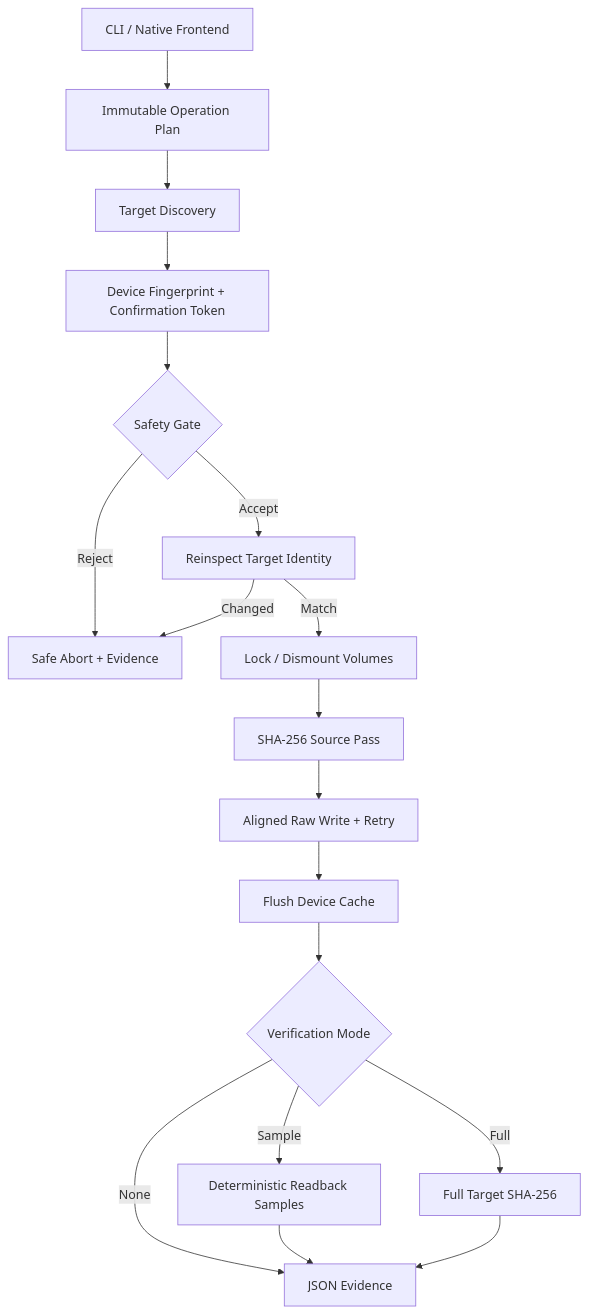
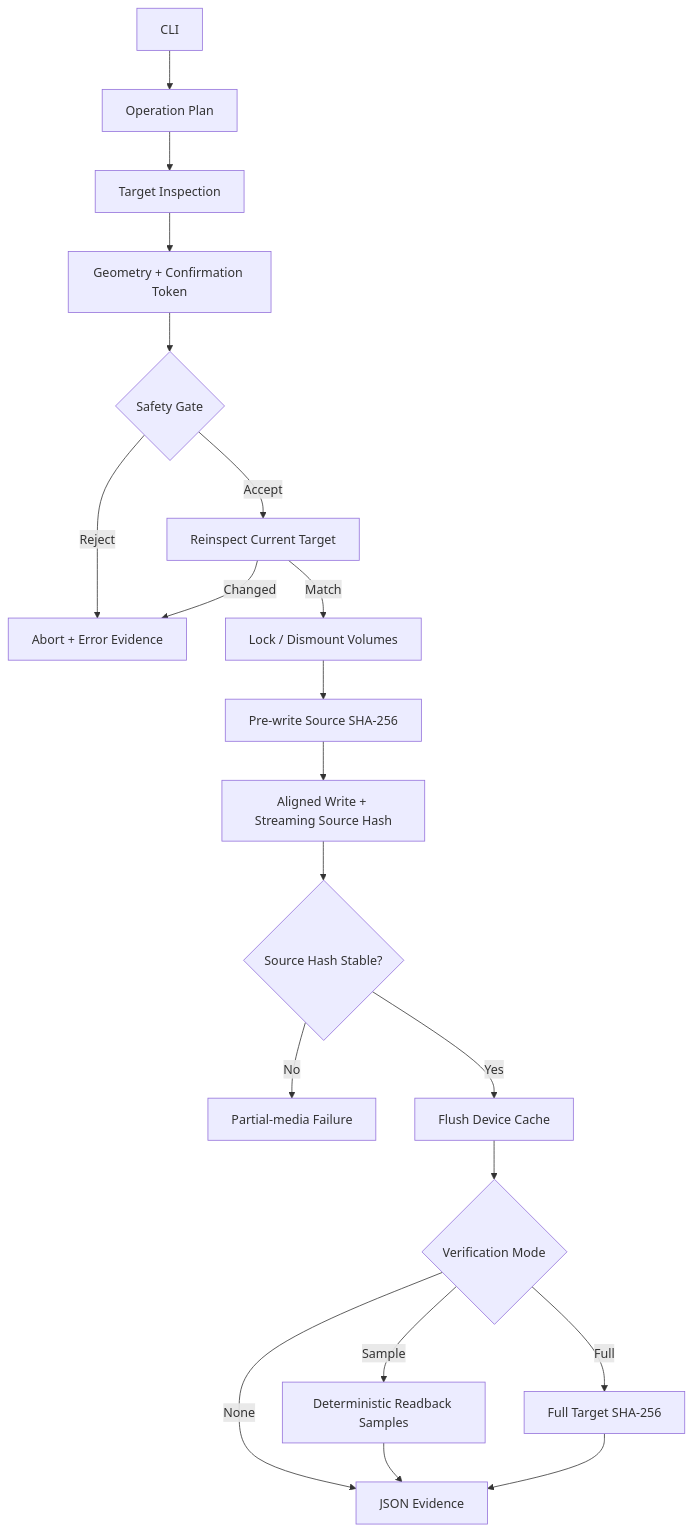
The diagram in README.md (Deadbytes101/DEADFLASH), drawn with Mermaid before and after one commit. The commit also changed other lines of this file, not shown here.

Commit message:
make architecture and claims match implemented code

````diff
--- a/README.md
+++ b/README.md
@@ -140,20 +144,22 @@
 ```mermaid
 flowchart TD
-    CLI[CLI / Native Frontend] --> PLAN[Immutable Operation Plan]
-    PLAN --> DISCOVER[Target Discovery]
-    DISCOVER --> FINGERPRINT[Device Fingerprint + Confirmation Token]
-    FINGERPRINT --> GATE{Safety Gate}
-    GATE -->|Reject| ABORT[Safe Abort + Evidence]
-    GATE -->|Accept| RECHECK[Reinspect Target Identity]
+    CLI[CLI] --> PLAN[Operation Plan]
+    PLAN --> DISCOVER[Target Inspection]
+    DISCOVER --> TOKEN[Geometry + Confirmation Token]
+    TOKEN --> GATE{Safety Gate}
+    GATE -->|Reject| ABORT[Abort + Error Evidence]
+    GATE -->|Accept| RECHECK[Reinspect Current Target]
     RECHECK -->|Changed| ABORT
     RECHECK -->|Match| LOCK[Lock / Dismount Volumes]
-    LOCK --> HASH[SHA-256 Source Pass]
-    HASH --> WRITE[Aligned Raw Write + Retry]
-    WRITE --> FLUSH[Flush Device Cache]
+    LOCK --> PREHASH[Pre-write Source SHA-256]
+    PREHASH --> WRITE[Aligned Write + Streaming Source Hash]
+    WRITE --> SOURCECHECK{Source Hash Stable?}
+    SOURCECHECK -->|No| PARTIAL[Partial-media Failure]
+    SOURCECHECK -->|Yes| FLUSH[Flush Device Cache]
     FLUSH --> VERIFY{Verification Mode}
     VERIFY -->|None| REPORT[JSON Evidence]
     VERIFY -->|Sample| SAMPLE[Deterministic Readback Samples]
     VERIFY -->|Full| FULL[Full Target SHA-256]
     SAMPLE --> REPORT
     FULL --> REPORT
 ```
````
